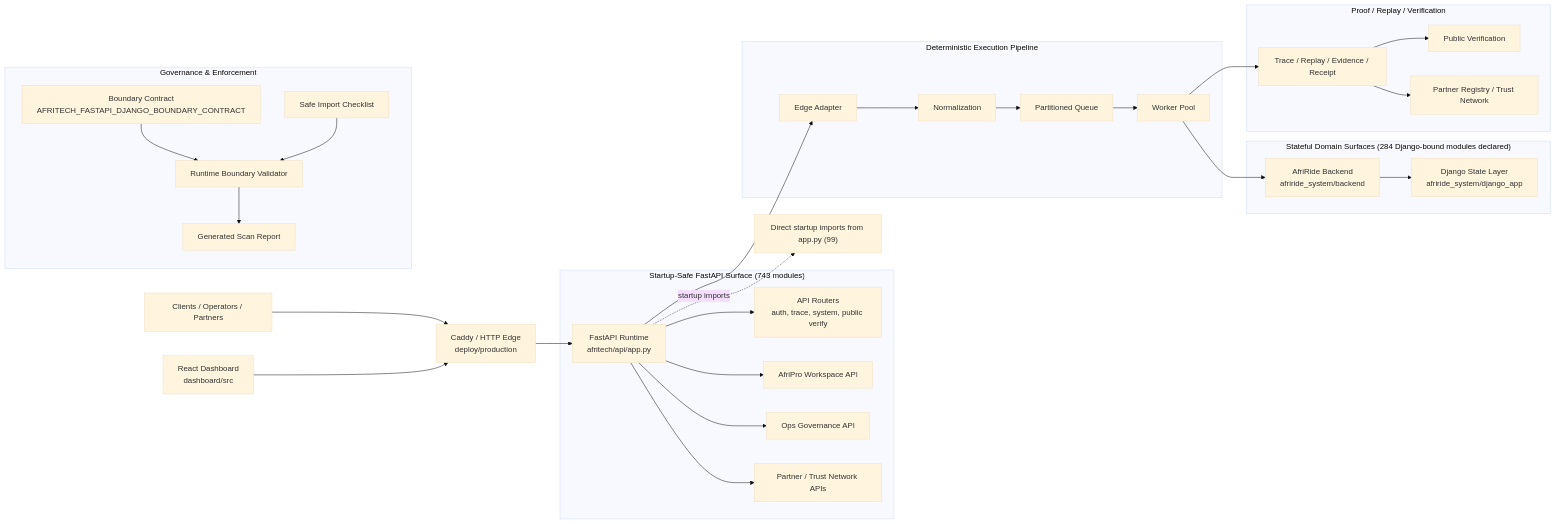
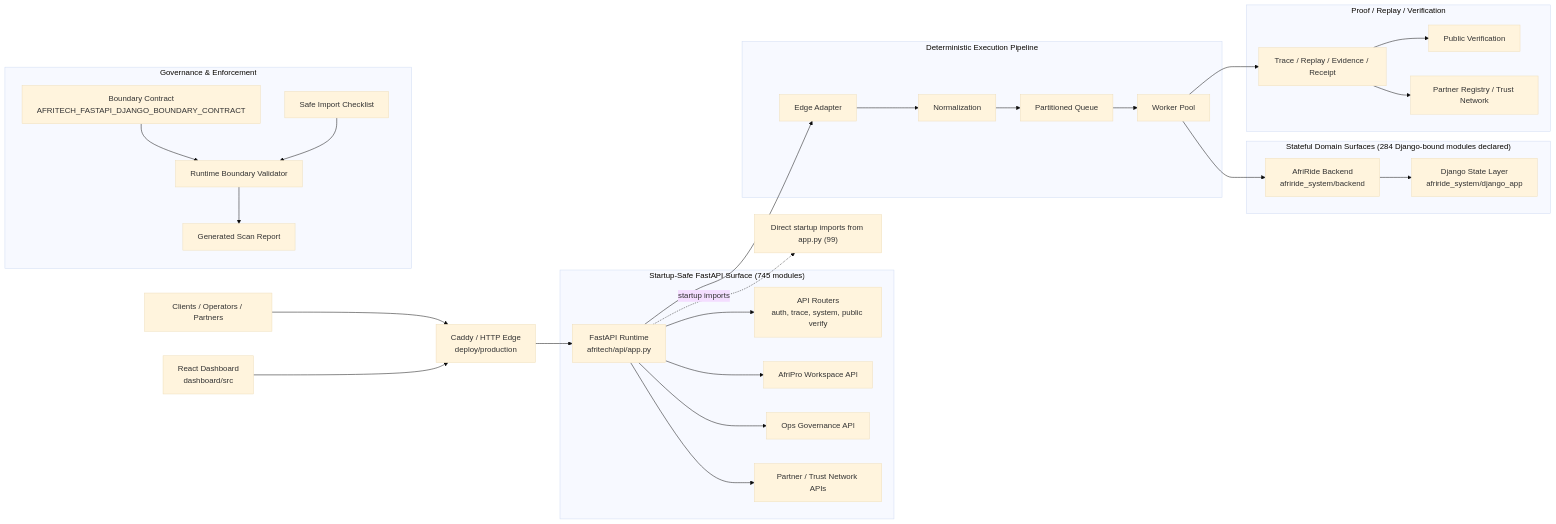
The first of 2 diagrams in docs/architecture/AFRITECH_FULL_ARCHITECTURE_GRAPH.md (Strelly2023/afritelematics), drawn with Mermaid (base theme) before and after one commit. The commit also changed other lines of this file and 21 other files, not shown here.

Commit message:
NCP-006A: architecture studio and governance bridge

````diff
--- a/docs/architecture/AFRITECH_FULL_ARCHITECTURE_GRAPH.md
+++ b/docs/architecture/AFRITECH_FULL_ARCHITECTURE_GRAPH.md
@@ -22,39 +22,39 @@
 ```mermaid
 flowchart LR
     Client["Clients / Operators / Partners"] --> Edge["Caddy / HTTP Edge\ndeploy/production"]
     Dashboard["React Dashboard\ndashboard/src"] --> Edge
     Edge --> App["FastAPI Runtime\nafritech/api/app.py"]
 
-    subgraph FastAPI["Startup-Safe FastAPI Surface (743 modules)"]
+    subgraph FastAPI["Startup-Safe FastAPI Surface (745 modules)"]
         App --> Api["API Routers\nauth, trace, system, public verify"]
         App --> Workspace["AfriPro Workspace API"]
         App --> Governance["Ops Governance API"]
         App --> Trust["Partner / Trust Network APIs"]
     end
 
     subgraph Pipeline["Deterministic Execution Pipeline"]
         App --> Adapt["Edge Adapter"]
         Adapt --> Normalize["Normalization"]
         Normalize --> Queue["Partitioned Queue"]
         Queue --> Worker["Worker Pool"]
     end
 
     subgraph State["Stateful Domain Surfaces (284 Django-bound modules declared)"]
         Worker --> Domain["AfriRide Backend\nafriride_system/backend"]
         Domain --> Django["Django State Layer\nafriride_system/django_app"]
     end
 
     subgraph Proof["Proof / Replay / Verification"]
         Worker --> Trace["Trace / Replay / Evidence / Receipt"]
         Trace --> Public["Public Verification"]
         Trace --> Registry["Partner Registry / Trust Network"]
     end
 
     subgraph GovernancePlane["Governance & Enforcement"]
         Contract["Boundary Contract\nAFRITECH_FASTAPI_DJANGO_BOUNDARY_CONTRACT"] --> Validator["Runtime Boundary Validator"]
         Checklist["Safe Import Checklist"] --> Validator
         Validator --> Review["Generated Scan Report"]
     end
 
     App -. startup imports .-> Imports["Direct startup imports from app.py (99)"]
 ```
````
